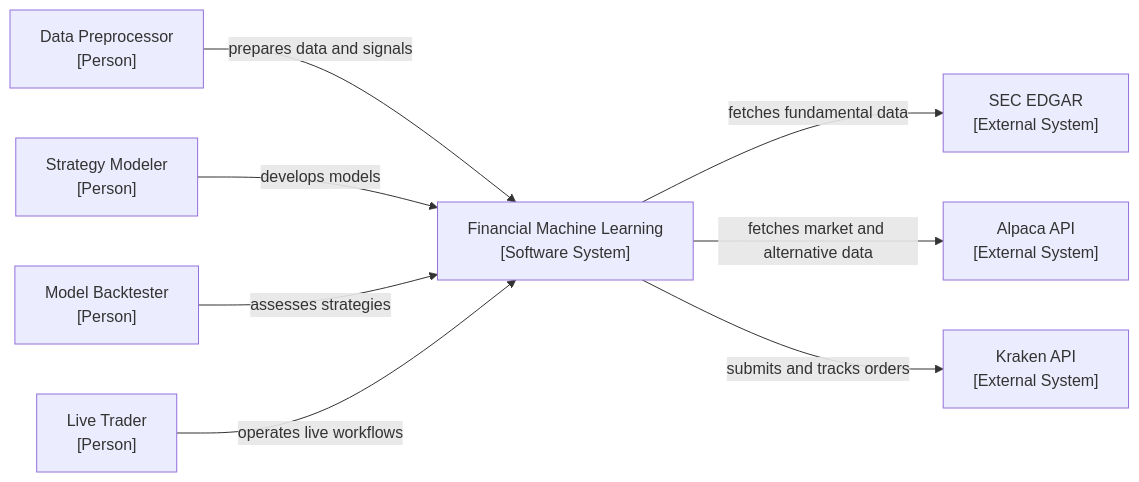
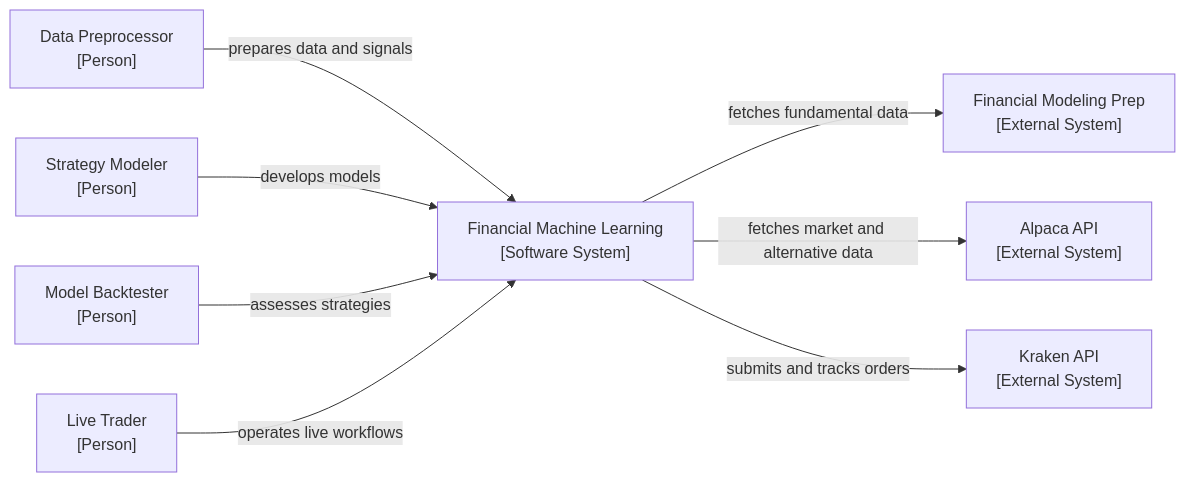
One commit to kwonjunhyuk9/financial-machine-learning changed the first of 3 diagrams in docs/architecture.md. Above: the diagram before and after it, drawn with Mermaid. The commit also changed other lines of this file and 20 other files, not shown here.

````diff
--- a/docs/architecture.md
+++ b/docs/architecture.md
@@ -23,18 +23,18 @@
 ```mermaid
 flowchart LR
     dp["Data Preprocessor<br/>[Person]"]
     sm["Strategy Modeler<br/>[Person]"]
     mb["Model Backtester<br/>[Person]"]
     lt["Live Trader<br/>[Person]"]
-    sec_edgar["SEC EDGAR<br/>[External System]"]
+    fmp["Financial Modeling Prep<br/>[External System]"]
     alpaca["Alpaca API<br/>[External System]"]
     kraken["Kraken API<br/>[External System]"]
     system["Financial Machine Learning<br/>[Software System]"]
     dp -->|" prepares data and signals "| system
     sm -->|" develops models "| system
     mb -->|" assesses strategies "| system
     lt -->|" operates live workflows "| system
-    system -->|" fetches fundamental data "| sec_edgar
+    system -->|" fetches fundamental data "| fmp
     system -->|" fetches market and alternative data "| alpaca
     system -->|" submits and tracks orders "| kraken
 ```
````
